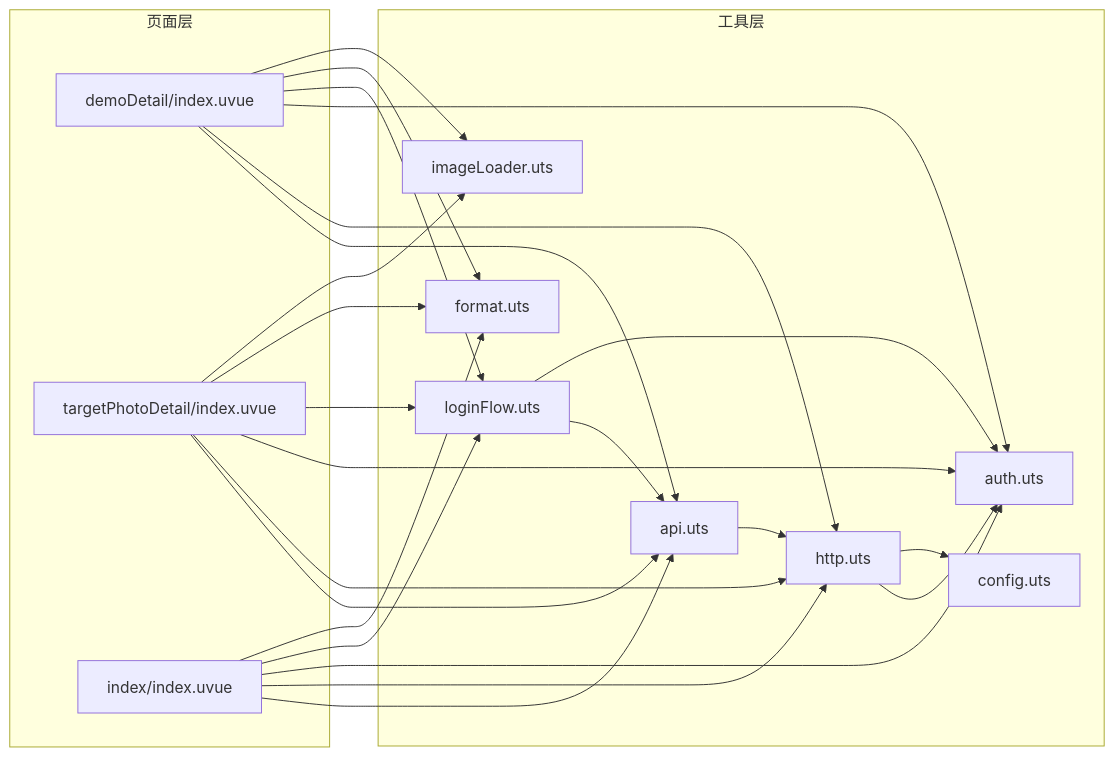
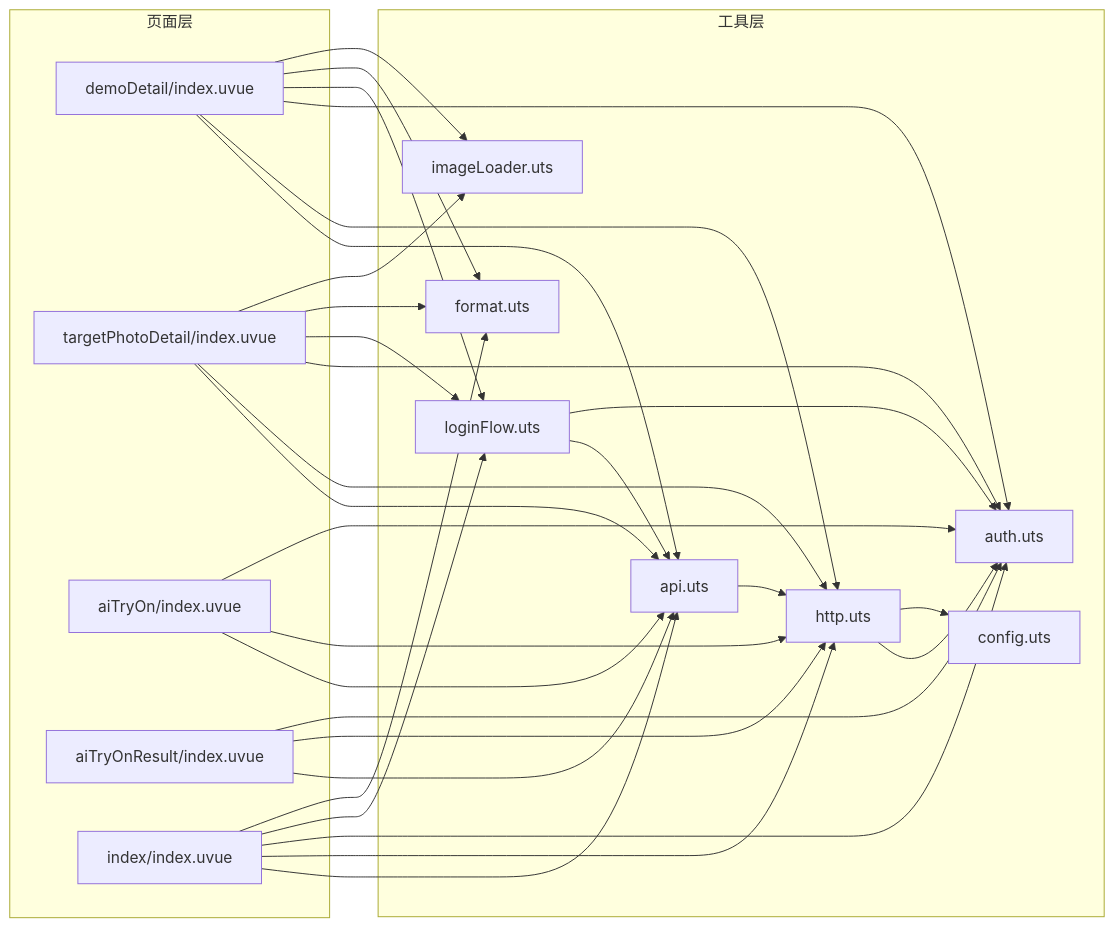
The eighth of 8 diagrams in .qoder/repowiki/zh/content/核心功能模块/客片管理系统/客片管理系统.md (crazyma99/blueberry), drawn with Mermaid before and after one commit. The commit also changed other lines of this file and 8 other files, not shown here.

````diff
--- a/.qoder/repowiki/zh/content/核心功能模块/客片管理系统/客片管理系统.md
+++ b/.qoder/repowiki/zh/content/核心功能模块/客片管理系统/客片管理系统.md
@@ -286,39 +429,47 @@
 ```mermaid
 graph LR
 subgraph "页面层"
 DEMO["demoDetail/index.uvue"]
 DETAIL["targetPhotoDetail/index.uvue"]
+AITRY["aiTryOn/index.uvue"]
+RESULT["aiTryOnResult/index.uvue"]
 HOME["index/index.uvue"]
 end
 subgraph "工具层"
 API["api.uts"]
 HTTP["http.uts"]
 AUTH["auth.uts"]
 LOGIN["loginFlow.uts"]
 FORMAT["format.uts"]
 IMG["imageLoader.uts"]
 CONF["config.uts"]
 end
 DEMO --> API
 DEMO --> HTTP
 DEMO --> AUTH
 DEMO --> LOGIN
 DEMO --> FORMAT
 DEMO --> IMG
 DETAIL --> API
 DETAIL --> HTTP
 DETAIL --> AUTH
 DETAIL --> LOGIN
 DETAIL --> FORMAT
 DETAIL --> IMG
+AITRY --> API
+AITRY --> HTTP
+AITRY --> AUTH
+RESULT --> API
+RESULT --> HTTP
+RESULT --> AUTH
 HOME --> API
 HOME --> HTTP
 HOME --> AUTH
 HOME --> LOGIN
 HOME --> FORMAT
 API --> HTTP
 HTTP --> AUTH
 HTTP --> CONF
 LOGIN --> API
 LOGIN --> AUTH
 ```
````
